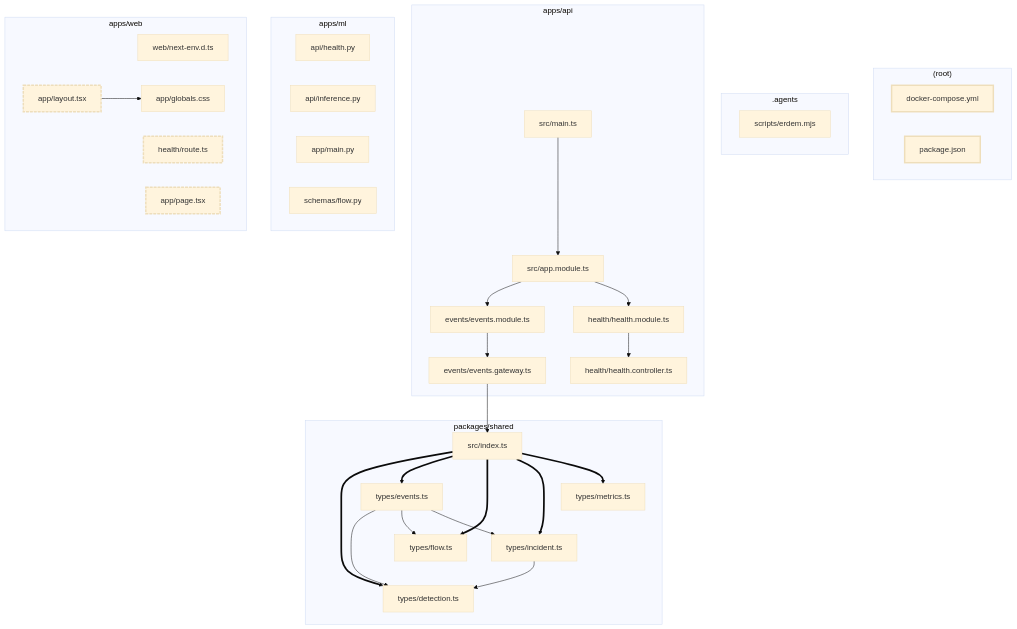
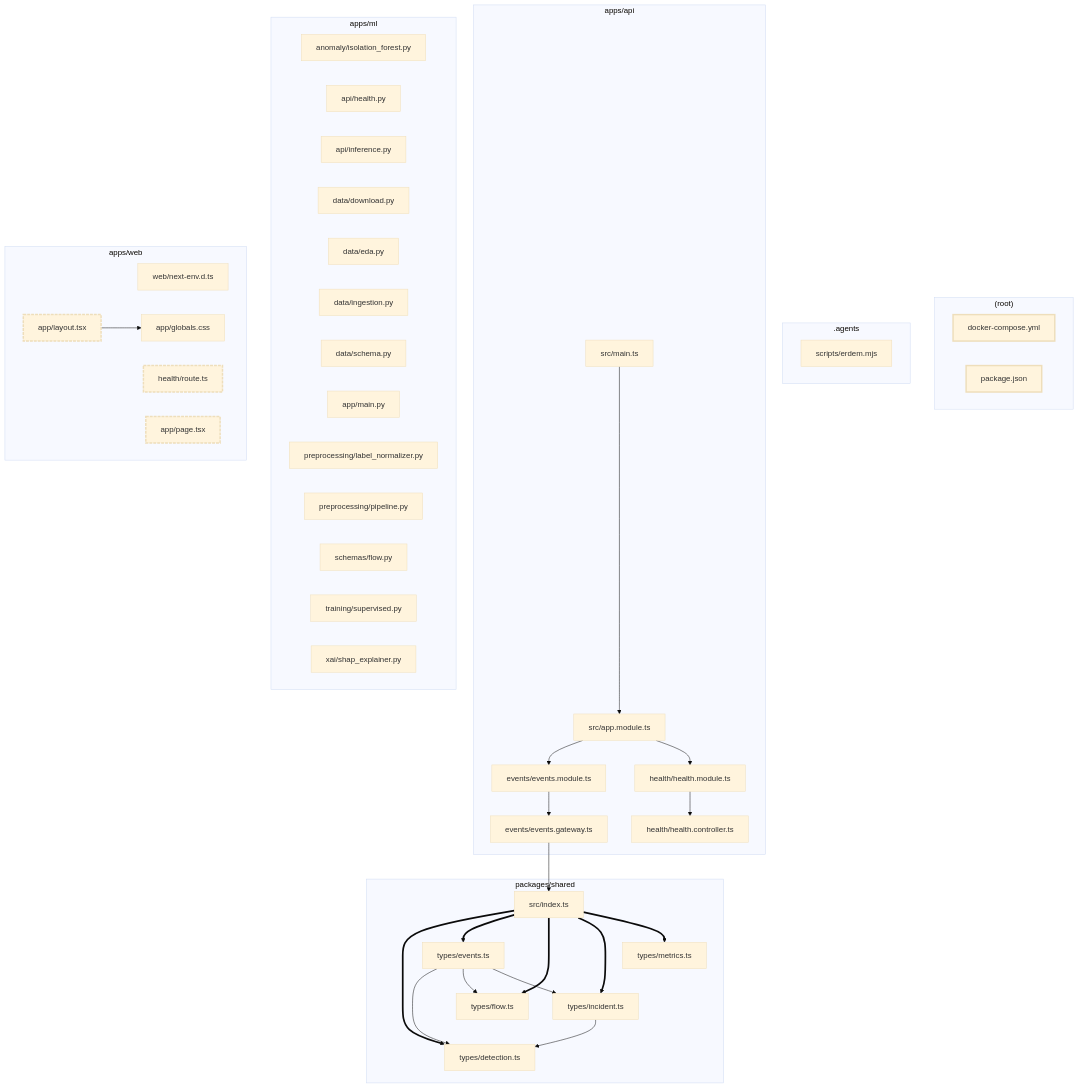
Before and after one commit to ErdemYy/NetSentry: the diagram in .ai/graph/graph.mmd, drawn with Mermaid (base theme). The commit also changed 41 other files, not shown here.

Commit message:
feat: complete phase 1 dataset and baseline ml (ingestion, eda, leakage checks, lightgbm, isolation forest, shap)

```diff
--- a/.ai/graph/graph.mmd
+++ b/.ai/graph/graph.mmd
@@ -1,63 +1,72 @@
 %% project-intel graph view: Dependency overview
-%% mode=full level=file nodes=24 edges=16
+%% mode=full level=file nodes=33 edges=16
 flowchart TD
   subgraph sg3a52ce78["(root)"]
     n35b8c13c["docker-compose.yml"]
     n7030d0b2["package.json"]
   end
   subgraph sg55eb8eee[".agents"]
     nbe9c72a0["scripts/erdem.mjs"]
   end
   subgraph sg73776ec8["apps/api"]
     nec28db8b["src/app.module.ts"]
     n0808c694["events/events.gateway.ts"]
     n854d837f["events/events.module.ts"]
     nd046f3c6["health/health.controller.ts"]
     naba0fc26["health/health.module.ts"]
     n338ea8c7["src/main.ts"]
   end
   subgraph sg368ad0cd["apps/ml"]
+    n9085e1e2["anomaly/isolation_forest.py"]
     n05b2672a["api/health.py"]
     n6bbfe0f3["api/inference.py"]
+    nc1d951fa["data/download.py"]
+    n0cd89336["data/eda.py"]
+    ne3a15c3a["data/ingestion.py"]
+    nc17c857f["data/schema.py"]
     n9be4b79c["app/main.py"]
+    n9d35f8c3["preprocessing/label_normalizer.py"]
+    n5bdea03e["preprocessing/pipeline.py"]
     naa1c7bbc["schemas/flow.py"]
+    nac9391c1["training/supervised.py"]
+    n62f2da0e["xai/shap_explainer.py"]
   end
   subgraph sg8972e234["apps/web"]
     n8076096b["web/next-env.d.ts"]
     ne0eb2c1f["health/route.ts"]
     n4306ffba["app/globals.css"]
     nf79a94b8["app/layout.tsx"]
     n0d6d11c3["app/page.tsx"]
   end
   subgraph sgf021f83d["packages/shared"]
     nc4a79788["src/index.ts"]
     n36707835["types/detection.ts"]
     nc80fea85["types/events.ts"]
     n30ddfb3b["types/flow.ts"]
     n43e205d0["types/incident.ts"]
     n9c18c09c["types/metrics.ts"]
   end
   nec28db8b --> n854d837f
   nec28db8b --> naba0fc26
   n0808c694 --> nc4a79788
   n854d837f --> n0808c694
   naba0fc26 --> nd046f3c6
   n338ea8c7 --> nec28db8b
   nf79a94b8 --> n4306ffba
   nc4a79788 ==> n36707835
   nc4a79788 ==> nc80fea85
   nc4a79788 ==> n30ddfb3b
   nc4a79788 ==> n43e205d0
   nc4a79788 ==> n9c18c09c
   nc80fea85 --> n36707835
   nc80fea85 --> n30ddfb3b
   nc80fea85 --> n43e205d0
   n43e205d0 --> n36707835
   classDef surface stroke-width:3px;
   classDef entry stroke-width:3px,stroke-dasharray:6 2;
   classDef external stroke-dasharray:4 3;
   classDef outside stroke-dasharray:2 2;
   classDef target fill:#fff3b0,stroke:#555555;
   classDef note stroke-dasharray:4 3;
   class n0d6d11c3,n35b8c13c,n7030d0b2,ne0eb2c1f,nf79a94b8 surface;
   class n0d6d11c3,ne0eb2c1f,nf79a94b8 entry;
```
